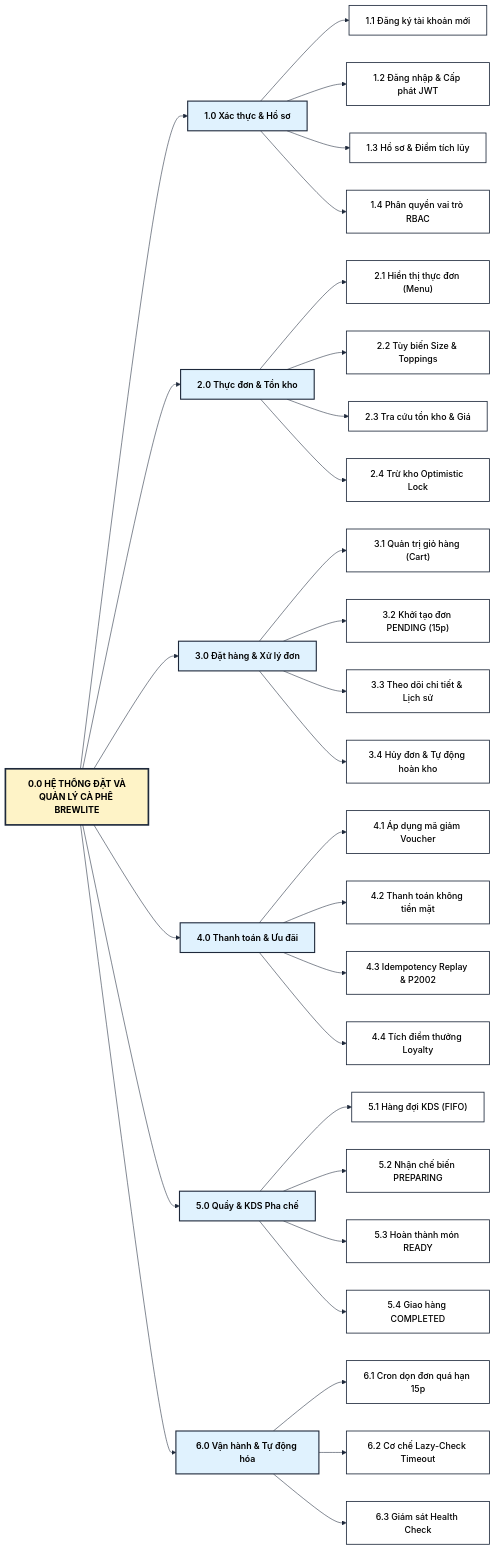
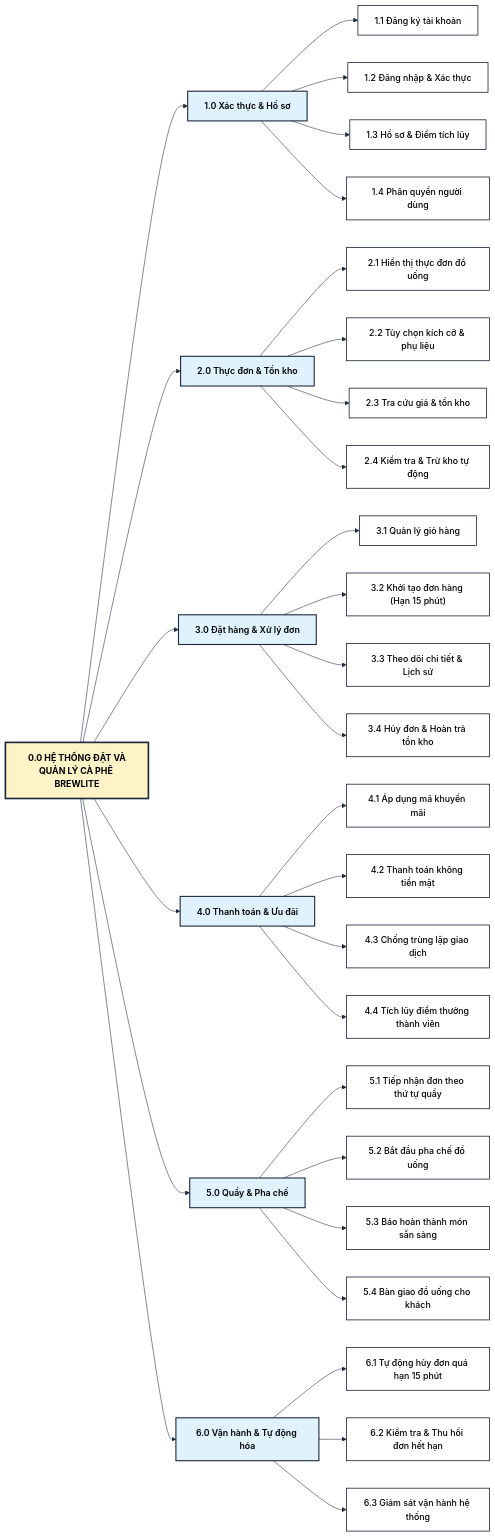
Before and after one commit to ThuanTran260/CNPM-BrewLite: the diagram in docs/diagrams/bfd.mmd, drawn with Mermaid. The commit also changed 25 other files, not shown here.

First line of the commit message:
docs(diagrams): chuan hoa so do hoc thuat tieng Viet va bo sung sequence diagram

```diff
--- a/docs/diagrams/bfd.mmd
+++ b/docs/diagrams/bfd.mmd
@@ -1,60 +1,60 @@
 %%{init: {
   'theme': 'base',
   'themeVariables': {
     'primaryColor': '#fef3c7',
     'primaryTextColor': '#000000',
     'primaryBorderColor': '#1e293b',
     'lineColor': '#1e293b',
     'secondaryColor': '#e0f2fe',
     'tertiaryColor': '#ffffff',
     'edgeLabelBackground':'#ffffff',
     'clusterBkg':'#f8fafc',
     'clusterBorder':'#64748b',
     'fontFamily': 'Segoe UI, Arial, sans-serif'
   }
 }}%%
 flowchart LR
     %% Định nghĩa các lớp màu sắc High-Contrast chữ đen
     classDef root fill:#fef3c7,stroke:#1e293b,color:#000000,stroke-width:3px,font-weight:700;
     classDef lvl1 fill:#e0f2fe,stroke:#1e293b,color:#000000,stroke-width:2px,font-weight:600;
     classDef lvl2 fill:#ffffff,stroke:#1e293b,color:#000000,stroke-width:1.5px,font-weight:500;
 
     ROOT["0.0 HỆ THỐNG ĐẶT VÀ<br>QUẢN LÝ CÀ PHÊ BREWLITE"]:::root
 
     %% CỘT 2: CÁC PHÂN HỆ CẤP 1
     ROOT --> F1["1.0 Xác thực & Hồ sơ"]:::lvl1
     ROOT --> F2["2.0 Thực đơn & Tồn kho"]:::lvl1
     ROOT --> F3["3.0 Đặt hàng & Xử lý đơn"]:::lvl1
     ROOT --> F4["4.0 Thanh toán & Ưu đãi"]:::lvl1
-    ROOT --> F5["5.0 Quầy & KDS Pha chế"]:::lvl1
+    ROOT --> F5["5.0 Quầy & Pha chế"]:::lvl1
     ROOT --> F6["6.0 Vận hành & Tự động hóa"]:::lvl1
 
     %% CỘT 3: CÁC CHỨC NĂNG CON
-    F1 --> F11["1.1 Đăng ký tài khoản mới"]:::lvl2
-    F1 --> F12["1.2 Đăng nhập & Cấp phát JWT"]:::lvl2
+    F1 --> F11["1.1 Đăng ký tài khoản"]:::lvl2
+    F1 --> F12["1.2 Đăng nhập & Xác thực"]:::lvl2
     F1 --> F13["1.3 Hồ sơ & Điểm tích lũy"]:::lvl2
-    F1 --> F14["1.4 Phân quyền vai trò RBAC"]:::lvl2
+    F1 --> F14["1.4 Phân quyền người dùng"]:::lvl2
 
-    F2 --> F21["2.1 Hiển thị thực đơn (Menu)"]:::lvl2
-    F2 --> F22["2.2 Tùy biến Size & Toppings"]:::lvl2
-    F2 --> F23["2.3 Tra cứu tồn kho & Giá"]:::lvl2
-    F2 --> F24["2.4 Trừ kho Optimistic Lock"]:::lvl2
+    F2 --> F21["2.1 Hiển thị thực đơn đồ uống"]:::lvl2
+    F2 --> F22["2.2 Tùy chọn kích cỡ & phụ liệu"]:::lvl2
+    F2 --> F23["2.3 Tra cứu giá & tồn kho"]:::lvl2
+    F2 --> F24["2.4 Kiểm tra & Trừ kho tự động"]:::lvl2
 
-    F3 --> F31["3.1 Quản trị giỏ hàng (Cart)"]:::lvl2
-    F3 --> F32["3.2 Khởi tạo đơn PENDING (15p)"]:::lvl2
+    F3 --> F31["3.1 Quản lý giỏ hàng"]:::lvl2
+    F3 --> F32["3.2 Khởi tạo đơn hàng (Hạn 15 phút)"]:::lvl2
     F3 --> F33["3.3 Theo dõi chi tiết & Lịch sử"]:::lvl2
-    F3 --> F34["3.4 Hủy đơn & Tự động hoàn kho"]:::lvl2
+    F3 --> F34["3.4 Hủy đơn & Hoàn trả tồn kho"]:::lvl2
 
-    F4 --> F41["4.1 Áp dụng mã giảm Voucher"]:::lvl2
+    F4 --> F41["4.1 Áp dụng mã khuyến mãi"]:::lvl2
     F4 --> F42["4.2 Thanh toán không tiền mặt"]:::lvl2
-    F4 --> F43["4.3 Idempotency Replay & P2002"]:::lvl2
-    F4 --> F44["4.4 Tích điểm thưởng Loyalty"]:::lvl2
+    F4 --> F43["4.3 Chống trùng lặp giao dịch"]:::lvl2
+    F4 --> F44["4.4 Tích lũy điểm thưởng thành viên"]:::lvl2
 
-    F5 --> F51["5.1 Hàng đợi KDS (FIFO)"]:::lvl2
-    F5 --> F52["5.2 Nhận chế biến PREPARING"]:::lvl2
-    F5 --> F53["5.3 Hoàn thành món READY"]:::lvl2
-    F5 --> F54["5.4 Giao hàng COMPLETED"]:::lvl2
+    F5 --> F51["5.1 Tiếp nhận đơn theo thứ tự quầy"]:::lvl2
+    F5 --> F52["5.2 Bắt đầu pha chế đồ uống"]:::lvl2
+    F5 --> F53["5.3 Báo hoàn thành món sẵn sàng"]:::lvl2
+    F5 --> F54["5.4 Bàn giao đồ uống cho khách"]:::lvl2
 
-    F6 --> F61["6.1 Cron dọn đơn quá hạn 15p"]:::lvl2
-    F6 --> F62["6.2 Cơ chế Lazy-Check Timeout"]:::lvl2
-    F6 --> F63["6.3 Giám sát Health Check"]:::lvl2
+    F6 --> F61["6.1 Tự động hủy đơn quá hạn 15 phút"]:::lvl2
+    F6 --> F62["6.2 Kiểm tra & Thu hồi đơn hết hạn"]:::lvl2
+    F6 --> F63["6.3 Giám sát vận hành hệ thống"]:::lvl2
```
